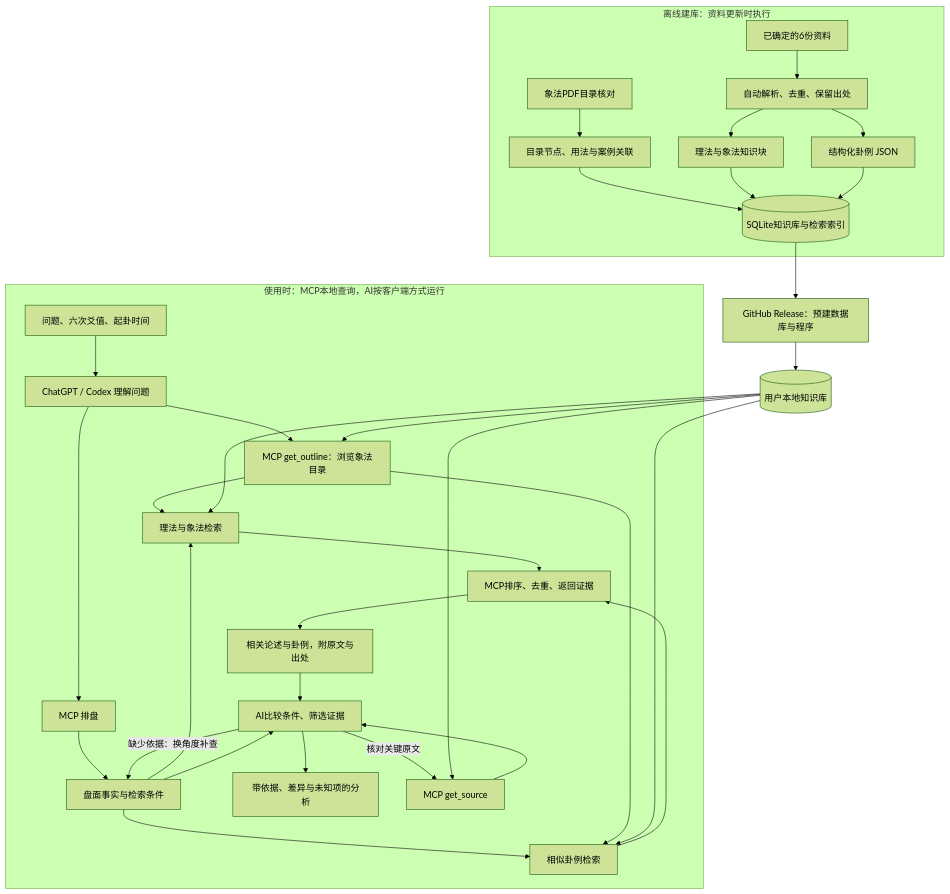
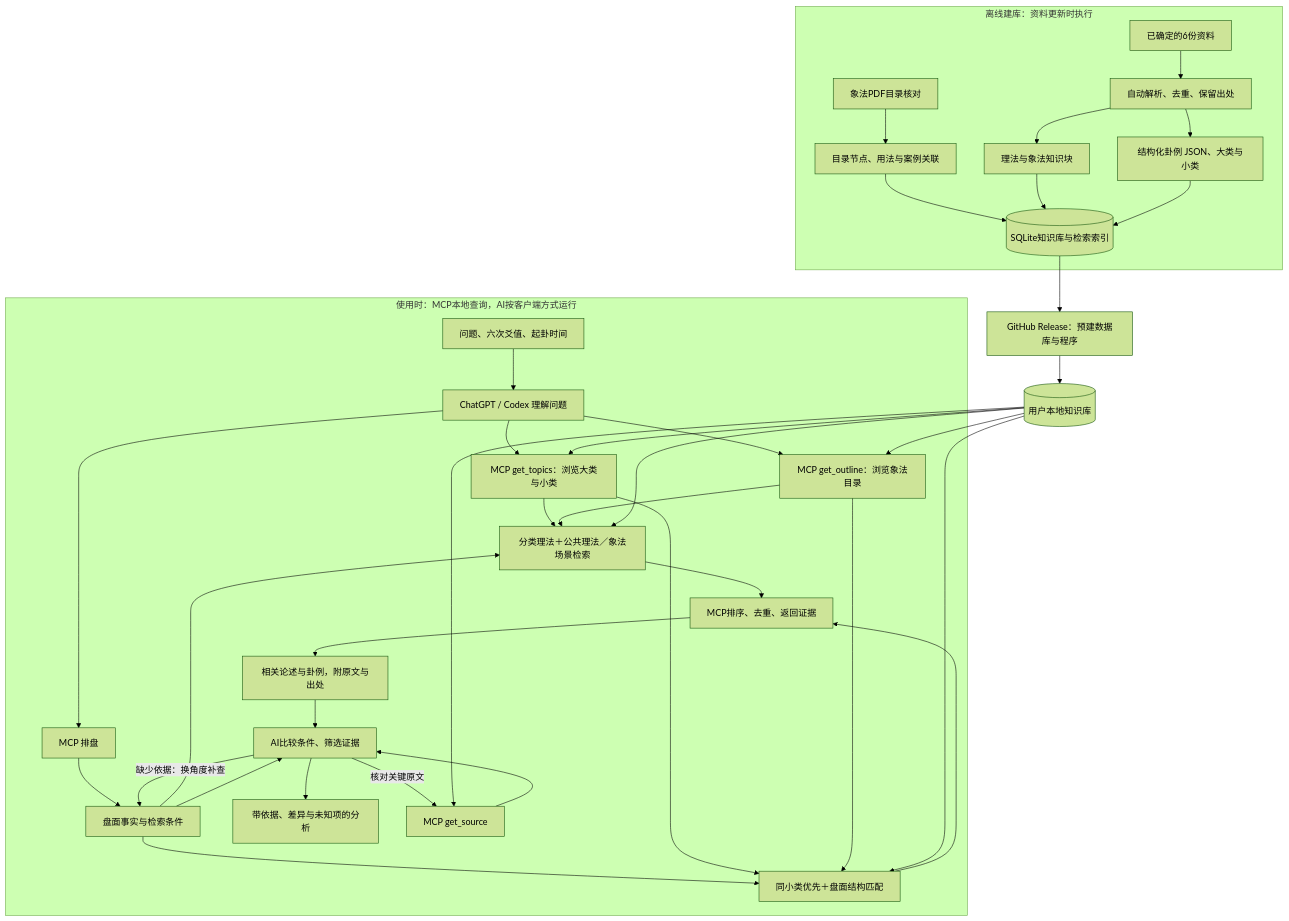
One commit to zhishengyk/liuyao changed the diagram in README.md. Above: the diagram before and after it, drawn with Mermaid (forest theme). The commit also changed other lines of this file and 57 other files, not shown here.

Commit message:
feat: add topic hierarchy, chart motifs and staged visual proofreading

````diff
--- a/README.md
+++ b/README.md
@@ -108,37 +110,41 @@
 ```mermaid
 flowchart TD
     subgraph Build["离线建库：资料更新时执行"]
         Books["已确定的6份资料"] --> Parse["自动解析、去重、保留出处"]
         Parse --> Rules["理法与象法知识块"]
-        Parse --> Cases["结构化卦例 JSON"]
+        Parse --> Cases["结构化卦例 JSON、大类与小类"]
         PDF["象法PDF目录核对"] --> OutlineDB["目录节点、用法与案例关联"]
         OutlineDB --> DB
         Rules --> DB[("SQLite知识库与检索索引")]
         Cases --> DB
     end
     DB --> Release["GitHub Release：预建数据库与程序"]
     Release --> Local[("用户本地知识库")]
     subgraph Use["使用时：MCP本地查询，AI按客户端方式运行"]
         User["问题、六次爻值、起卦时间"] --> AI["ChatGPT / Codex 理解问题"]
         AI --> Chart["MCP 排盘"]
         Chart --> Facts["盘面事实与检索条件"]
-        Facts --> RuleSearch["理法与象法检索"]
-        Facts --> CaseSearch["相似卦例检索"]
+        Facts --> RuleSearch["分类理法＋公共理法／象法场景检索"]
+        Facts --> CaseSearch["同小类优先＋盘面结构匹配"]
+        AI --> Topics["MCP get_topics：浏览大类与小类"]
+        Topics --> RuleSearch
+        Topics --> CaseSearch
         AI --> Outline["MCP get_outline：浏览象法目录"]
         Outline --> RuleSearch
         Outline --> CaseSearch
         RuleSearch --> Merge["MCP排序、去重、返回证据"]
         CaseSearch --> Merge
         Merge --> Evidence["相关论述与卦例，附原文与出处"]
         Evidence --> Review["AI比较条件、筛选证据"]
         Facts --> Review
         Review --> Answer["带依据、差异与未知项的分析"]
         Review -->|"缺少依据：换角度补查"| Facts
         Review -->|"核对关键原文"| Source["MCP get_source"]
         Source --> Review
     end
     Local --> RuleSearch
     Local --> CaseSearch
     Local --> Source
     Local --> Outline
+    Local --> Topics
 ```
````
